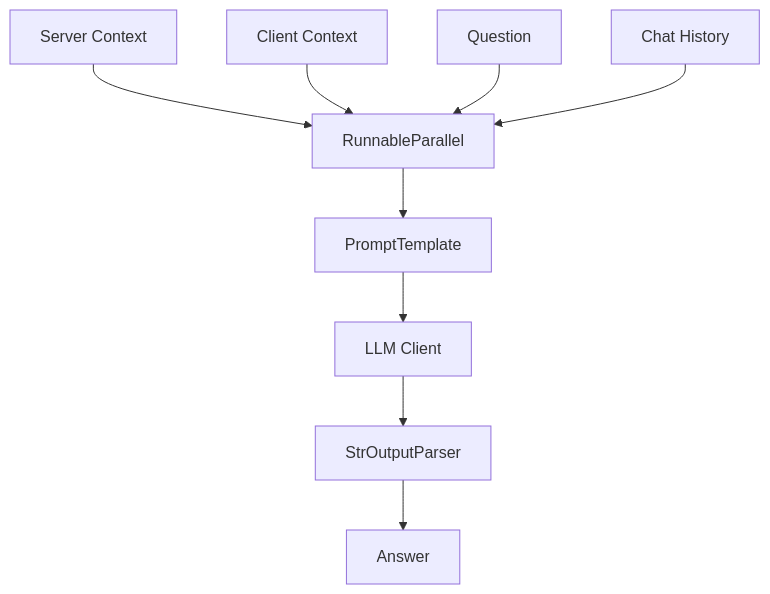
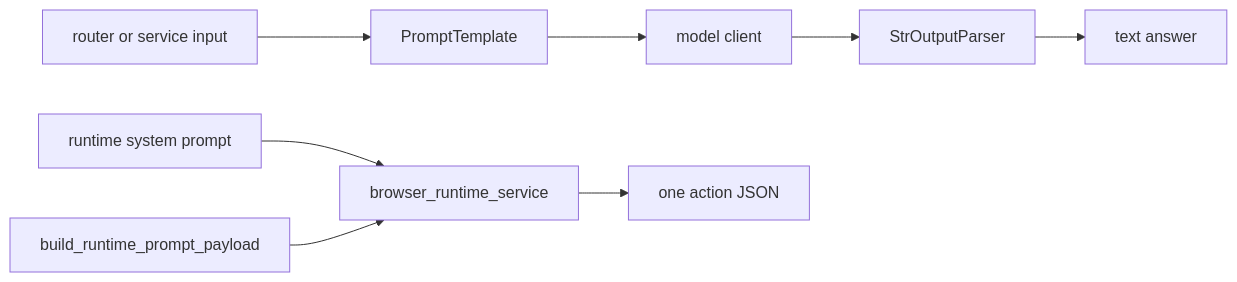
One commit to tashifkhan/tashif.codes changed the second of 4 diagrams in src/data/docs/agentic-browser/Prompts and Prompt Engineering/Prompts and Prompt Engineering.md. Above: the diagram before and after it, drawn with Mermaid. The commit also changed other lines of this file and 114 other files, not shown here.

````diff
--- a/src/data/docs/agentic-browser/Prompts and Prompt Engineering/Prompts and Prompt Engineering.md
+++ b/src/data/docs/agentic-browser/Prompts and Prompt Engineering/Prompts and Prompt Engineering.md
@@ -154,11 +57,10 @@
 ```mermaid
-flowchart TD
-Srv["Server Context"] --> Merge["RunnableParallel"]
-Cli["Client Context"] --> Merge
-Ques["Question"] --> Merge
-Hist["Chat History"] --> Merge
-Merge --> Template["PromptTemplate"]
-Template --> LLM["LLM Client"]
-LLM --> Parser["StrOutputParser"]
-Parser --> Answer["Answer"]
+graph LR
+  IN["router or service input"] --> T["PromptTemplate"]
+  T --> LLM["model client"]
+  LLM --> P["StrOutputParser"]
+  P --> OUT["text answer"]
+  SYS["runtime system prompt"] --> SVC["browser_runtime_service"]
+  PAY["build_runtime_prompt_payload"] --> SVC
+  SVC --> JSON["one action JSON"]
 ```
````
